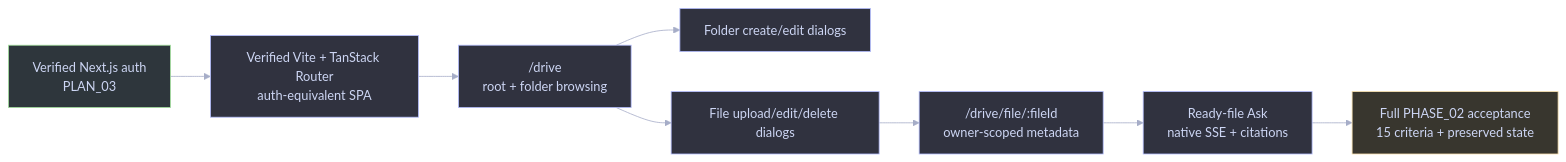
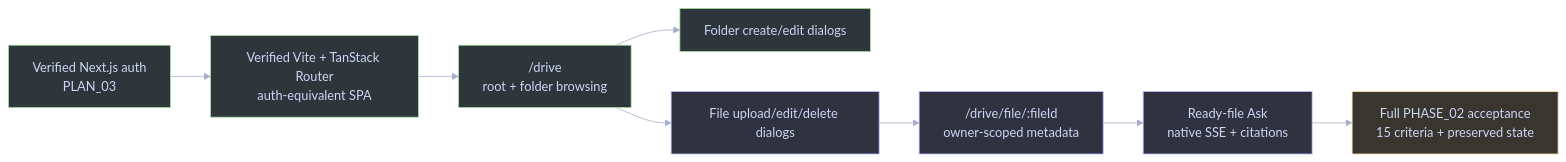
Before and after one commit to RyxnDmello/atlas: the first of 5 diagrams in prompts/PHASE_02/PLAN_04/PHASE_02_PLAN_04.md, drawn with Mermaid. The commit also changed other lines of this file and 71 other files, not shown here.

````diff
--- a/prompts/PHASE_02/PLAN_04/PHASE_02_PLAN_04.md
+++ b/prompts/PHASE_02/PLAN_04/PHASE_02_PLAN_04.md
@@ -36,21 +36,21 @@
 ```mermaid
 %%{init: {'theme': 'base', 'themeVariables': {'background': '#1e1e2e', 'primaryColor': '#45475a', 'primaryTextColor': '#cdd6f4', 'primaryBorderColor': '#89b4fa', 'lineColor': '#a6adc8', 'secondaryColor': '#313244', 'tertiaryColor': '#181825', 'fontFamily': 'Inter, sans-serif'}}}%%
 flowchart LR
     Legacy["Verified Next.js auth<br/>PLAN_03"] --> Migration["Verified Vite + TanStack Router<br/>auth-equivalent SPA"]
     Migration --> Drive["/drive<br/>root + folder browsing"]
     Drive --> Folders["Folder create/edit dialogs"]
     Drive --> Files["File upload/edit/delete dialogs"]
     Files --> Detail["/drive/file/:fileId<br/>owner-scoped metadata"]
     Detail --> Ask["Ready-file Ask<br/>native SSE + citations"]
     Ask --> Accept["Full PHASE_02 acceptance<br/>15 criteria + preserved state"]
-    class Legacy verified;
-    class Migration,Drive,Folders,Files,Detail,Ask planned;
+    class Legacy,Migration,Drive,Folders verified;
+    class Files,Detail,Ask planned;
     class Accept caution;
     classDef client fill:#2b3046,stroke:#89b4fa,stroke-width:1px,color:#cdd6f4;
     classDef service fill:#2c3642,stroke:#94e2d5,stroke-width:1px,color:#cdd6f4;
     classDef storage fill:#332e46,stroke:#cba6f7,stroke-width:1px,color:#cdd6f4;
     classDef verified fill:#2e363c,stroke:#a6e3a1,stroke-width:1px,color:#cdd6f4;
     classDef planned fill:#30323f,stroke:#b4befe,stroke-width:1px,color:#cdd6f4;
     classDef caution fill:#38362e,stroke:#f9e2af,stroke-width:1px,color:#cdd6f4;
     classDef denied fill:#39303d,stroke:#f38ba8,stroke-width:1px,color:#cdd6f4;
 ```
````
